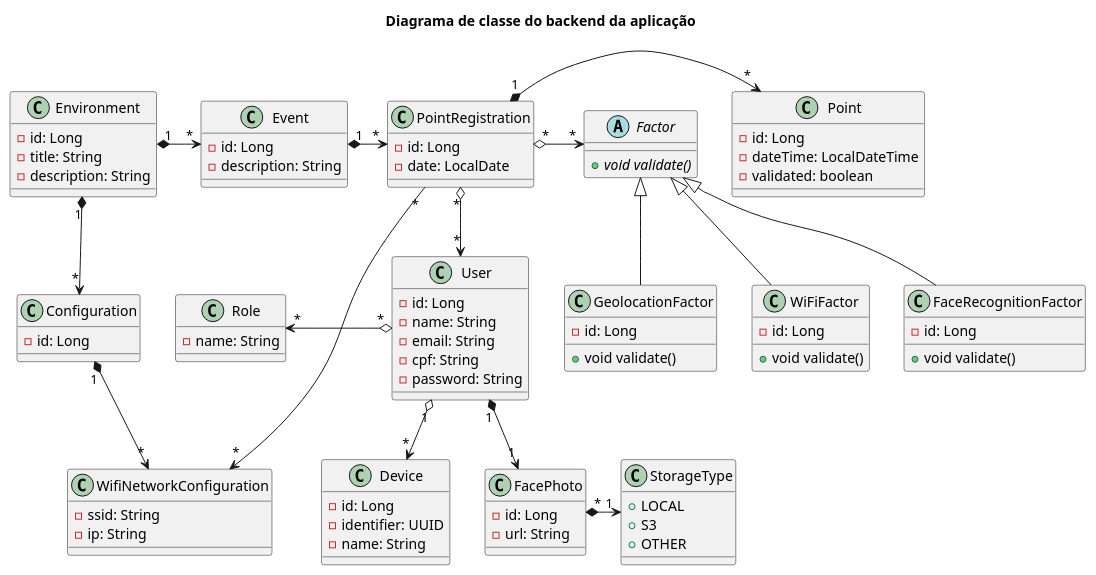
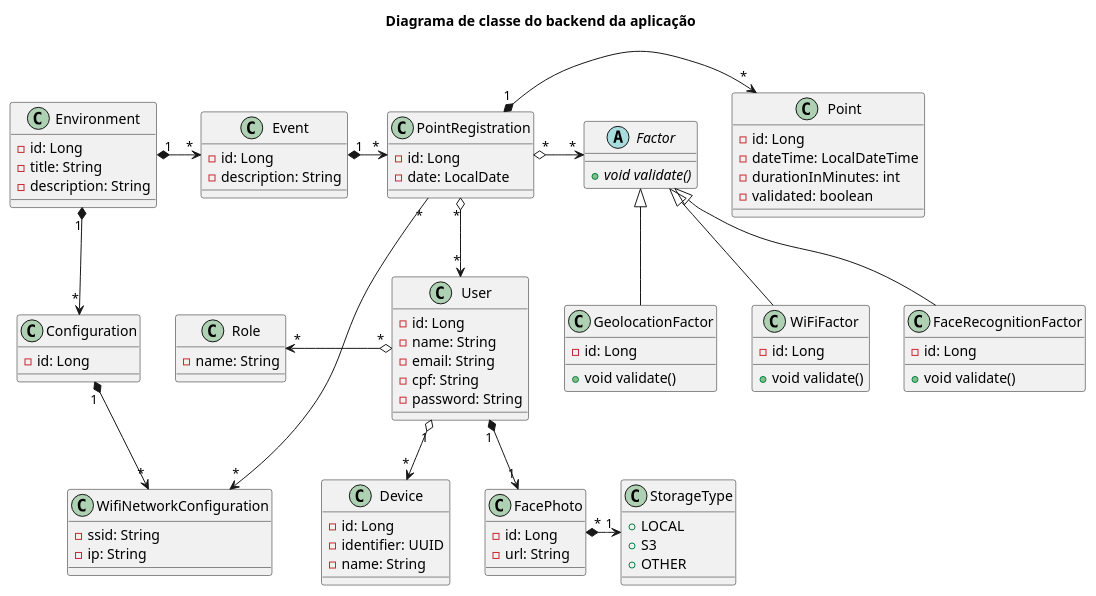
Before and after one commit to luan-coelho/faceverify: the diagram in backend/diagram-class.plantuml, drawn with PlantUML. The commit also changed 22 other files, not shown here.

```diff
--- a/backend/diagram-class.plantuml
+++ b/backend/diagram-class.plantuml
@@ -1,103 +1,104 @@
 @startuml
 title Diagrama de classe do backend da aplicação
 
 class User {
     - id: Long
     - name: String
     - email: String
     - cpf: String
     - password: String
 }
 
 class Device {
     - id: Long
     - identifier: UUID
     - name: String
 }
 
 class FacePhoto {
     - id: Long
     - url: String
 }
 
 class StorageType {
     + LOCAL
     + S3
     + OTHER
 }
 
 class Role {
     - name: String
 }
 
 class Event {
     - id: Long
     - description: String
 }
 
 class PointRegistration {
     - id: Long
     - date: LocalDate
 }
 
 class Point {
     - id: Long
     - dateTime: LocalDateTime
+    - durationInMinutes: int
     - validated: boolean
 }
 
 abstract class Factor {
     + void {abstract} validate()
 }
 
 class Environment {
     - id: Long
     - title: String
     - description: String
 }
 
 class Configuration {
     - id: Long
 }
 
 class WifiNetworkConfiguration {
     - ssid: String
     - ip: String
 }
 
 class FaceRecognitionFactor {
     - id: Long
     + void validate()
 }
 
 class GeolocationFactor {
     - id: Long
     + void validate()
 }
 
 class WiFiFactor {
     - id: Long
     + void validate()
 }
 
 Environment "1" *-> "*" Event
 Environment "1" *-down-> "*" Configuration
 Configuration "1" *-down-> "*" WifiNetworkConfiguration
 Event "1" *-> "*" PointRegistration
 
 PointRegistration "1" *-> "*" Point
 PointRegistration "*" o-down-> "*" User
 PointRegistration "*" o-> "*" Factor
 PointRegistration "*" --> "*" WifiNetworkConfiguration
 
 Factor <|-- FaceRecognitionFactor
 Factor <|-- GeolocationFactor
 Factor <|-- WiFiFactor
 
 User "*" o-left-> "*" Role
 User "1" o-down-> "*" Device
 User "1" *-down-> "1" FacePhoto
 
 FacePhoto "*" *-> "1" StorageType
 
 @enduml
```
